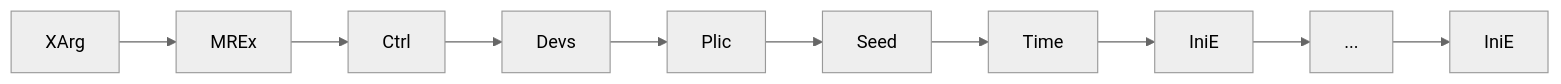
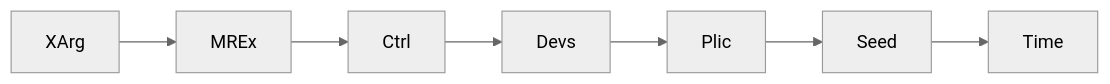
Before and after one commit to sirmick/redoubt: the third of 7 diagrams in docs/kernel/boot.md, drawn with Mermaid (neutral theme). The commit also changed other lines of this file and 105 other files, not shown here.

````diff
--- a/docs/kernel/boot.md
+++ b/docs/kernel/boot.md
@@ -170,4 +171,4 @@
 ```mermaid
 flowchart LR
-    XArg --> MREx --> Ctrl --> Devs --> Plic --> Seed --> Time --> first[IniE] --> more["..."] --> last[IniE]
+    XArg --> MREx --> Ctrl --> Devs --> Plic --> Seed --> Time
 ```
````
